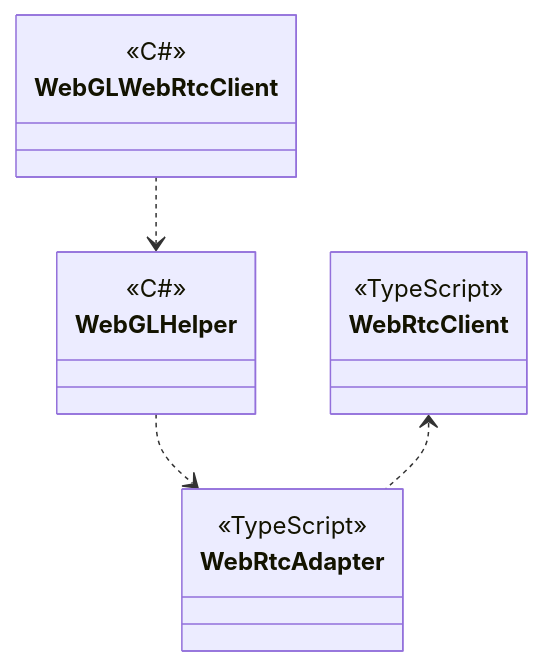
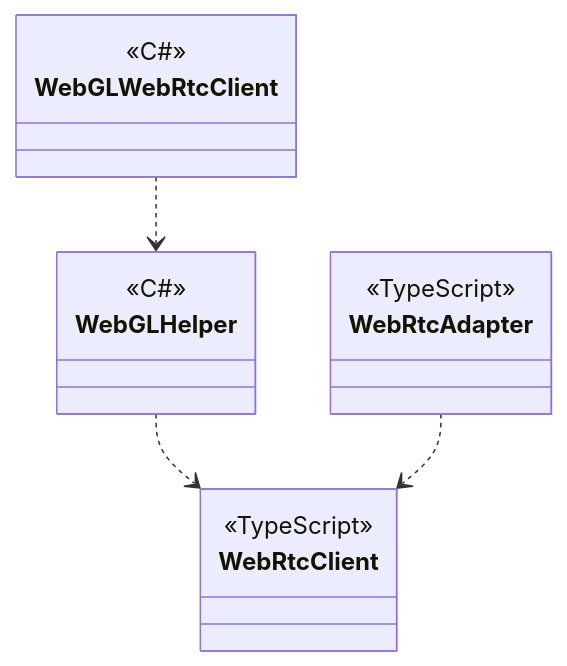
Before and after one commit to extreal-dev/Extreal.Guide: the third of 3 diagrams in docs/integration/multiplay.ngo.md, drawn with Mermaid. The commit also changed other lines of this file and 9 other files, not shown here.

````diff
--- a/docs/integration/multiplay.ngo.md
+++ b/docs/integration/multiplay.ngo.md
@@ -183,23 +183,23 @@
 ```mermaid
 classDiagram
 
     WebGLWebRtcClient ..> WebGLHelper
-    WebGLHelper ..> WebRtcAdapter
-    WebRtcClient <.. WebRtcAdapter
+    WebGLHelper ..> WebRtcClient
+    WebRtcAdapter ..> WebRtcClient 
 
     class WebGLWebRtcClient {
         <<C#>>
     }
     
     class WebGLHelper {
         <<C#>>
     }
     
     class WebRtcAdapter {
         <<TypeScript>>
     }
 
     class WebRtcClient {
         <<TypeScript>>
     }
 ```
````
